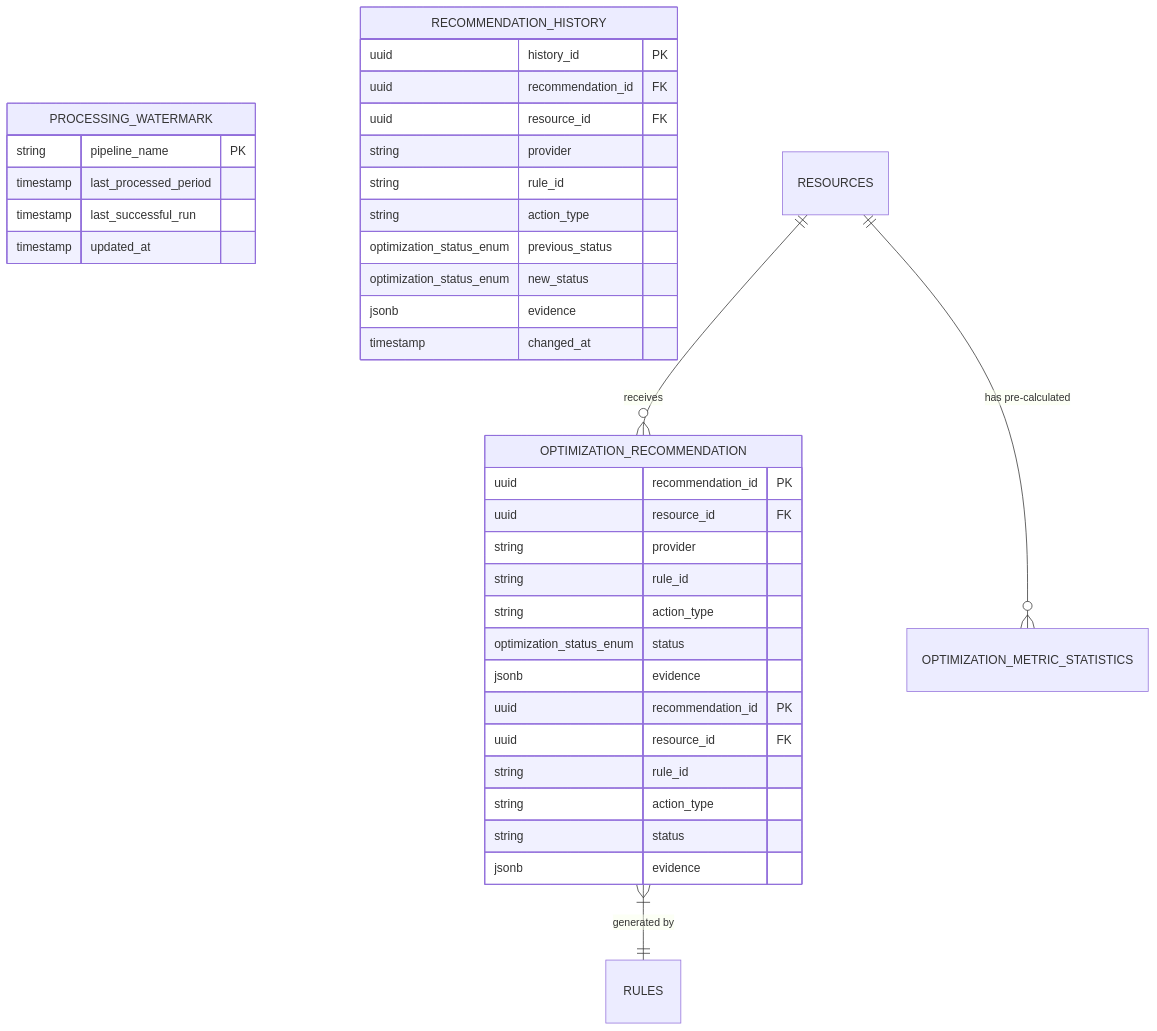
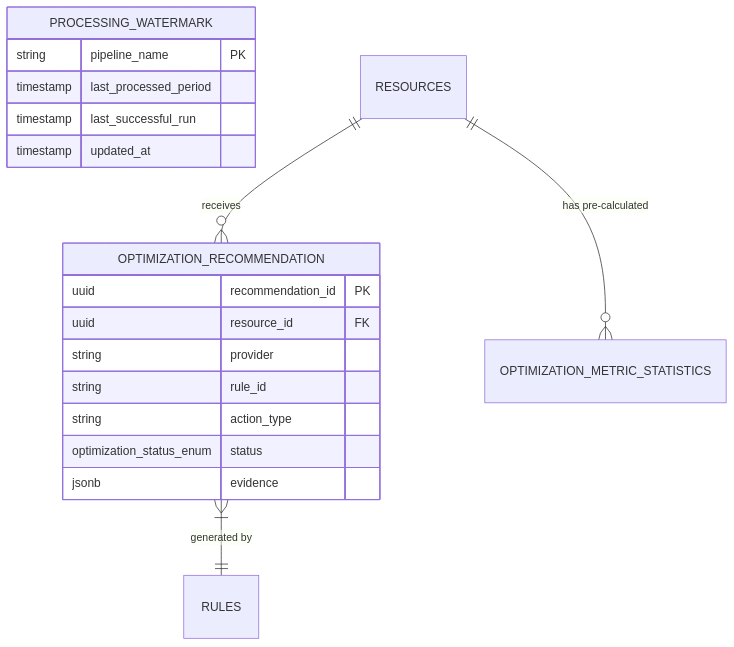
Before and after one commit to COS301-SE-2026/CloudSherpa: the fourth of 4 diagrams in docs/services/optimization-recommendation.md, drawn with Mermaid. The commit also changed other lines of this file, not shown here.

````diff
--- a/docs/services/optimization-recommendation.md
+++ b/docs/services/optimization-recommendation.md
@@ -247,45 +250,23 @@
 ```mermaid
 erDiagram
     PROCESSING_WATERMARK {
         string pipeline_name PK
         timestamp last_processed_period
         timestamp last_successful_run
         timestamp updated_at
     }
 
     OPTIMIZATION_RECOMMENDATION {
         uuid recommendation_id PK
         uuid resource_id FK
         string provider
         string rule_id
         string action_type
         optimization_status_enum status
         jsonb evidence
     }
 
-    OPTIMIZATION_RECOMMENDATION {
-        uuid recommendation_id PK
-        uuid resource_id FK
-        string rule_id
-        string action_type
-        string status
-        jsonb evidence
-    }
-
-    RECOMMENDATION_HISTORY {
-        uuid history_id PK
-        uuid recommendation_id FK
-        uuid resource_id FK
-        string provider
-        string rule_id
-        string action_type
-        optimization_status_enum previous_status
-        optimization_status_enum new_status
-        jsonb evidence
-        timestamp changed_at
-    }
-
     RESOURCES ||--o{ OPTIMIZATION_METRIC_STATISTICS : "has pre-calculated"
     RESOURCES ||--o{ OPTIMIZATION_RECOMMENDATION : "receives"
     OPTIMIZATION_RECOMMENDATION }|--|| RULES : "generated by"
 ```
````
